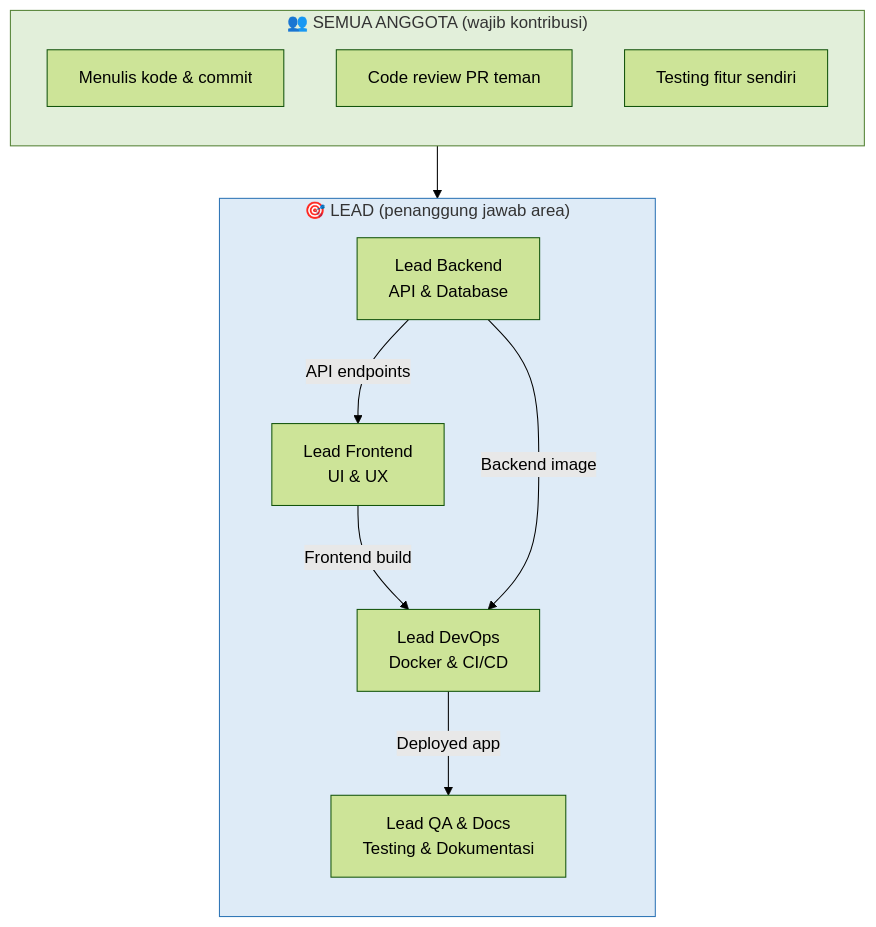
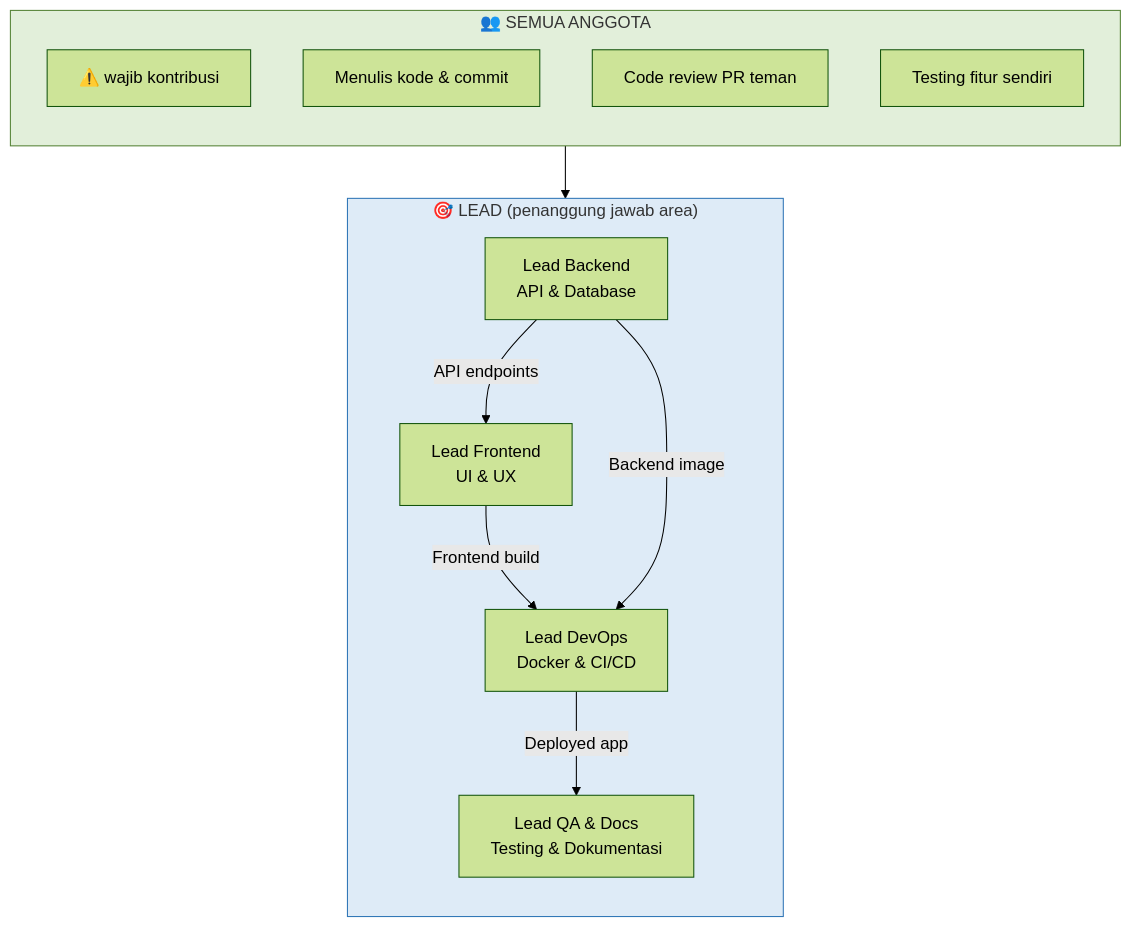
One commit to justdyn/2026-modul-praktikum-cloudcomputing changed the first of 11 diagrams in 01-modul.md. Above: the diagram before and after it, drawn with Mermaid (forest theme).

````diff
--- a/01-modul.md
+++ b/01-modul.md
@@ -79,26 +79,27 @@
 ```mermaid
 flowchart TD
-    subgraph SEMUA ["👥 SEMUA ANGGOTA (wajib kontribusi)"]
+    subgraph SEMUA ["👥 SEMUA ANGGOTA"]
         direction TB
+        WAJIB[⚠️ wajib kontribusi]
         CODE[Menulis kode & commit]
         REVIEW[Code review PR teman]
         TEST[Testing fitur sendiri]
     end
 
     subgraph LEADS ["🎯 LEAD (penanggung jawab area)"]
         direction TB
         BE[Lead Backend<br/>API & Database]
         FE[Lead Frontend<br/>UI & UX]
         DO[Lead DevOps<br/>Docker & CI/CD]
         QA[Lead QA & Docs<br/>Testing & Dokumentasi]
     end
 
     SEMUA --> LEADS
     BE -->|API endpoints| FE
     FE -->|Frontend build| DO
     BE -->|Backend image| DO
     DO -->|Deployed app| QA
 
     style SEMUA fill:#E2EFDA,stroke:#548235
     style LEADS fill:#DEEBF7,stroke:#2E75B6
 ```
````
